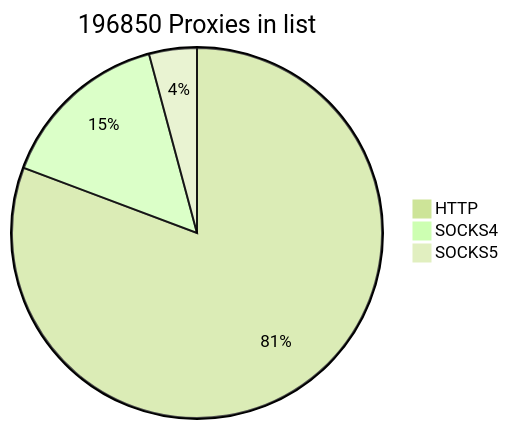
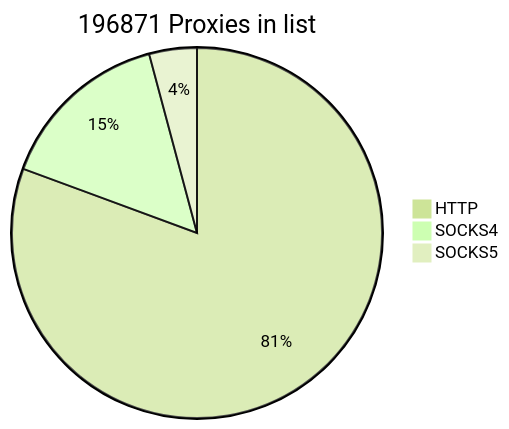
One commit to cutipu/proxylist changed the first of 2 diagrams in README.md. Above: the diagram before and after it, drawn with Mermaid (forest theme). The commit also changed other lines of this file, not shown here.

````diff
--- a/README.md
+++ b/README.md
@@ -2,7 +2,7 @@
 ```mermaid
-pie title 196850 Proxies in list
-    "HTTP" : 158911
-    "SOCKS4" : 29724
-    "SOCKS5" : 8215
+pie title 196871 Proxies in list
+    "HTTP" : 158736
+    "SOCKS4" : 29943
+    "SOCKS5" : 8192
             
 ```
````
